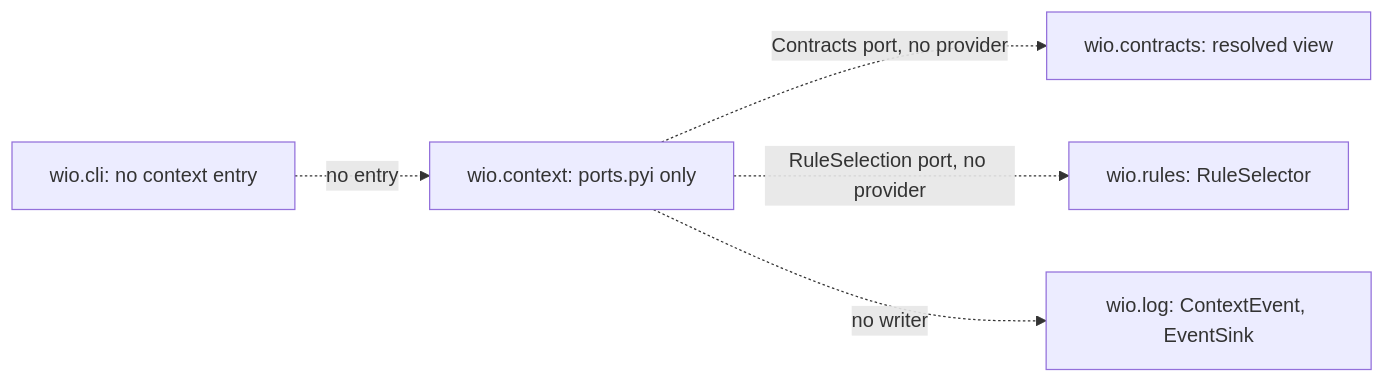
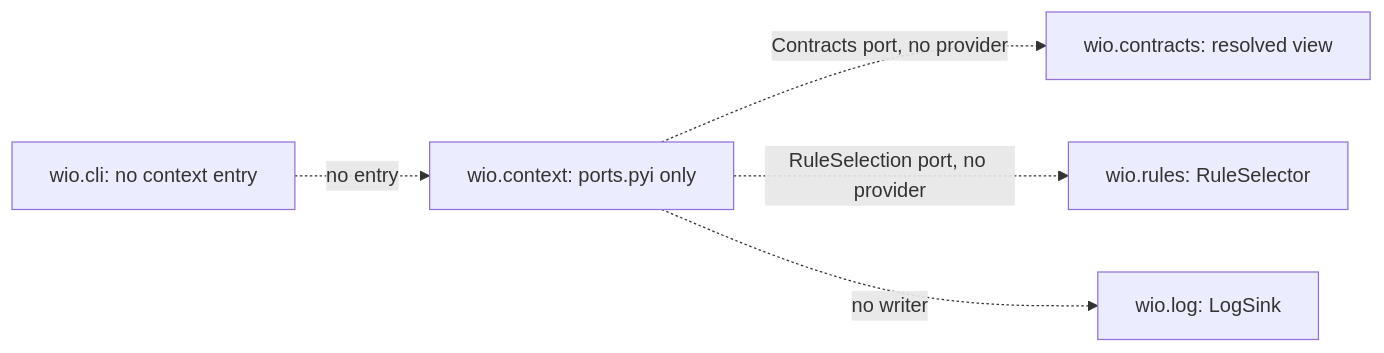
One commit to msitarz/wio changed the first of 2 diagrams in .agents/wio/works/wio-context/README.md. Above: the diagram before and after it, drawn with Mermaid. The commit also changed other lines of this file and 10 other files, not shown here.

First line of the commit message:
docs(context): fix the top wio context Works after a sixth review

````diff
--- a/.agents/wio/works/wio-context/README.md
+++ b/.agents/wio/works/wio-context/README.md
@@ -224,12 +208,12 @@
 ```mermaid
 flowchart LR
     cli["wio.cli: no context entry"]
     ctx["wio.context: ports.pyi only"]
     contracts["wio.contracts: resolved view"]
     rules["wio.rules: RuleSelector"]
-    log["wio.log: ContextEvent, EventSink"]
+    log["wio.log: LogSink"]
     cli -. "no entry" .-> ctx
     ctx -. "Contracts port, no provider" .-> contracts
     ctx -. "RuleSelection port, no provider" .-> rules
     ctx -. "no writer" .-> log
 ```
````
